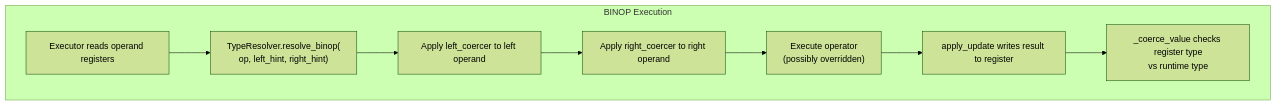
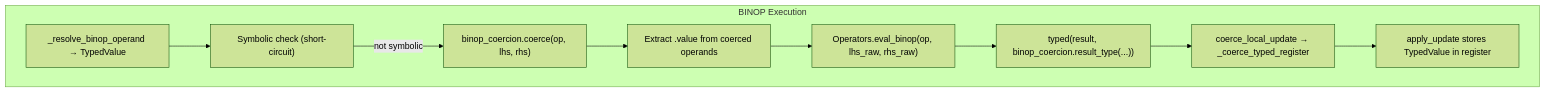
One commit to avishek-sen-gupta/red-dragon changed diagram 11 of 12 in docs/type-system.md. Above: the diagram before and after it, drawn with Mermaid (forest theme). The commit also changed other lines of this file, not shown here.

First line of the commit message:
Update type system doc with TypedValue and two-layer coercion architecture

````diff
--- a/docs/type-system.md
+++ b/docs/type-system.md
@@ -1267,19 +1439,21 @@
 ```mermaid
 flowchart TD
     subgraph BinaryOp["BINOP Execution"]
-        B1["Executor reads operand registers"]
-        B2["TypeResolver.resolve_binop(<br/>op, left_hint, right_hint)"]
-        B3["Apply left_coercer to left operand"]
-        B4["Apply right_coercer to right operand"]
-        B5["Execute operator<br/>(possibly overridden)"]
-        B6["apply_update writes result to register"]
-        B7["_coerce_value checks register type<br/>vs runtime type"]
+        B1["_resolve_binop_operand → TypedValue"]
+        B2["Symbolic check (short-circuit)"]
+        B3["binop_coercion.coerce(op, lhs, rhs)"]
+        B4["Extract .value from coerced operands"]
+        B5["Operators.eval_binop(op, lhs_raw, rhs_raw)"]
+        B6["typed(result, binop_coercion.result_type(...))"]
+        B7["coerce_local_update → _coerce_typed_register"]
+        B8["apply_update stores TypedValue in register"]
     end
 
     B1 --> B2
-    B2 --> B3
+    B2 -->|not symbolic| B3
     B3 --> B4
     B4 --> B5
     B5 --> B6
     B6 --> B7
+    B7 --> B8
 ```
````
